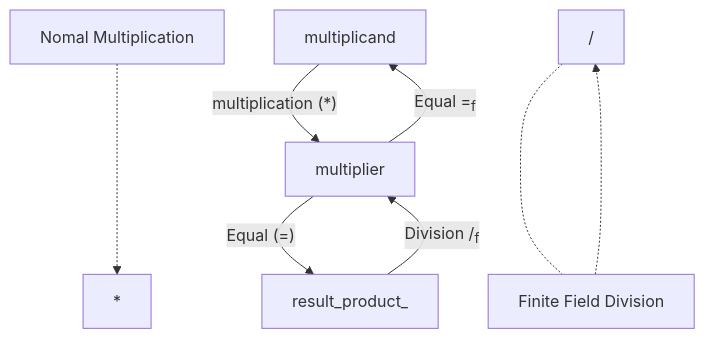
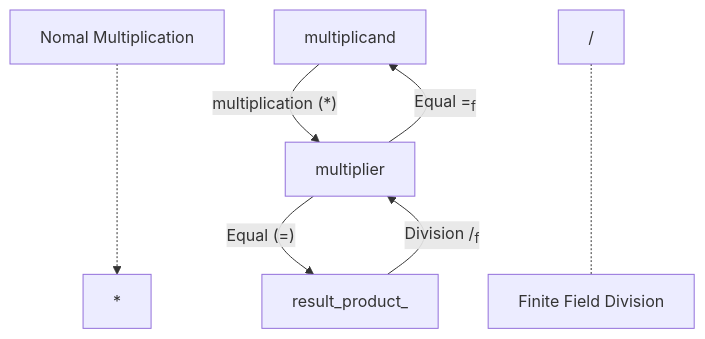
One commit to will-bc/Blockchain-Cryptocurrency changed the third of 3 diagrams in Finite_Field/README.md. Above: the diagram before and after it, drawn with Mermaid.

````diff
--- a/Finite_Field/README.md
+++ b/Finite_Field/README.md
@@ -49,15 +49,15 @@
 ```mermaid 
 graph TB 
 
 A["Nomal Multiplication"] -..-> *
 
 multiplicand --"multiplication (*)" --> multiplier-->|"Equal (=)"|result_product_ 
 
 result_product_-- "Division /<sub>f</sub>" -->multiplier
 multiplier--"Equal =<sub>f</sub>" -->multiplicand
 
-/ <-..- B["Finite Field Division"]
+/ o-..- B["Finite Field Division"]
 
-B["Finite Field Division"] -..-> /
+
 
 ```
````
